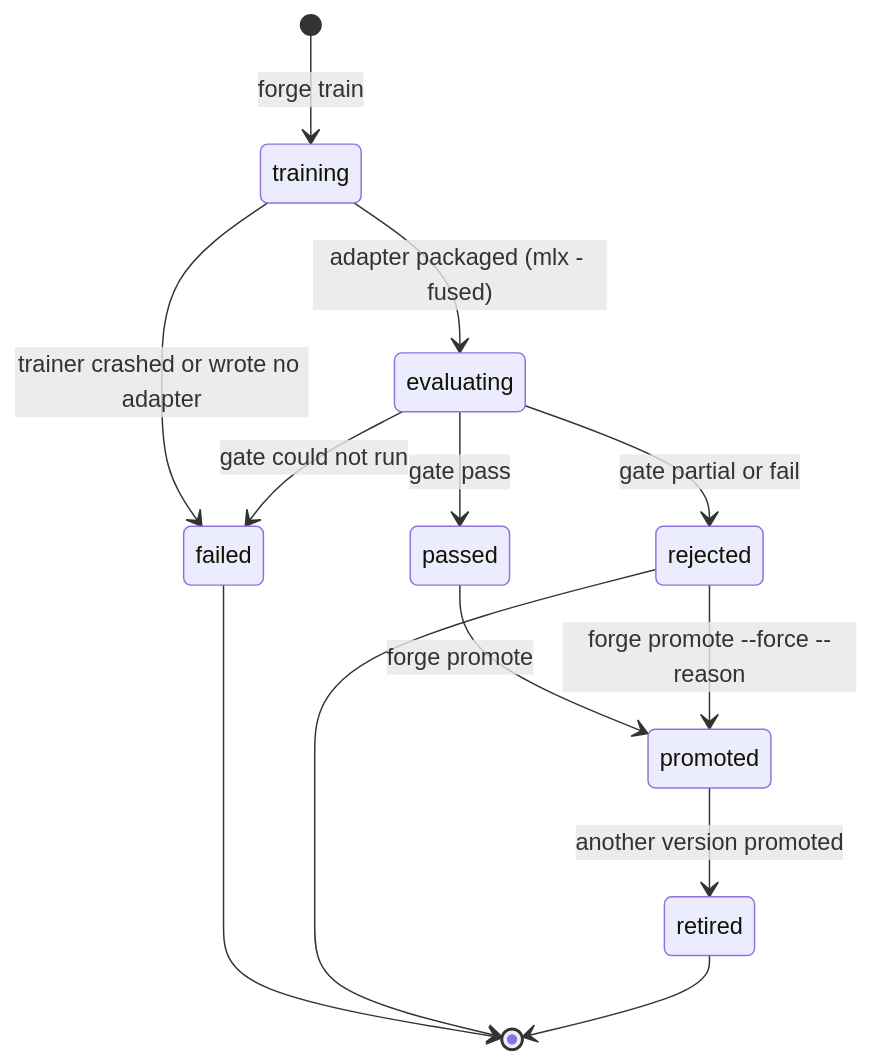
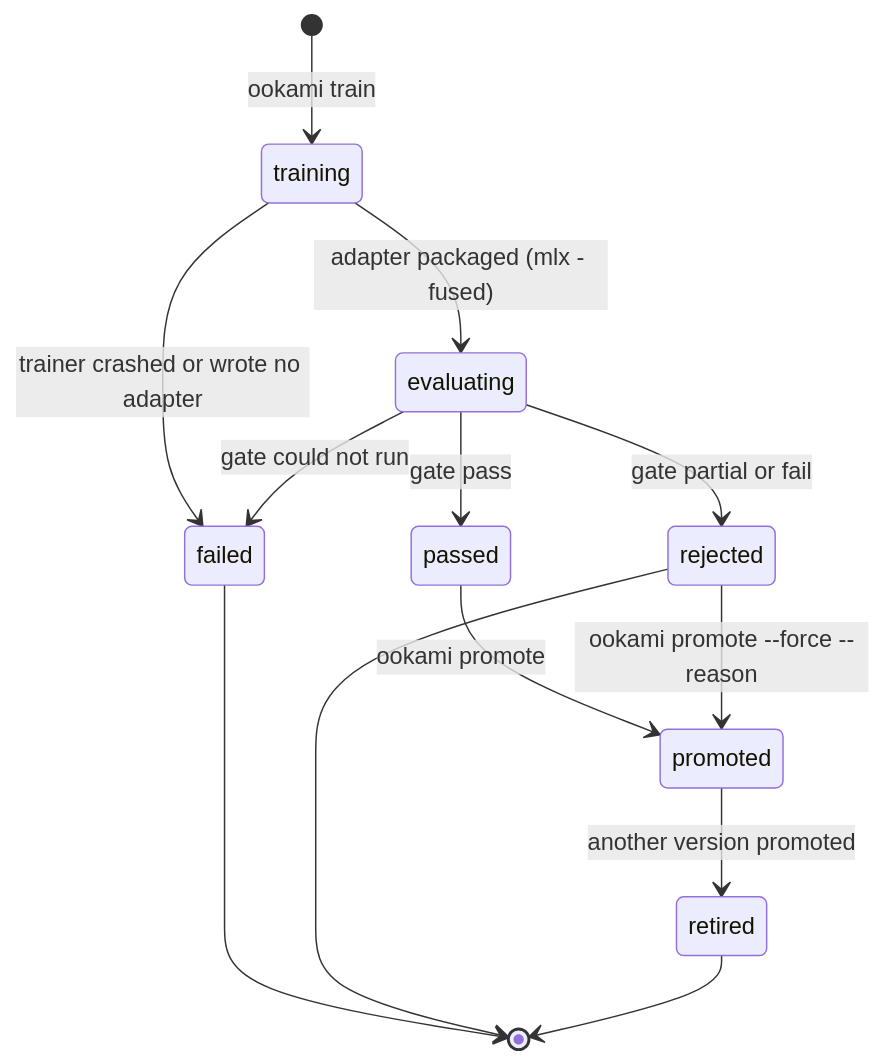
The second of 3 diagrams in docs/architecture.md (KatyarAILabs/Ookami), drawn with Mermaid before and after one commit. The commit also changed other lines of this file and 114 other files, not shown here.

````diff
--- a/docs/architecture.md
+++ b/docs/architecture.md
@@ -56,15 +56,15 @@
 ```mermaid
 stateDiagram-v2
-    [*] --> training: forge train
+    [*] --> training: ookami train
     training --> failed: trainer crashed or wrote no adapter
     training --> evaluating: adapter packaged (mlx - fused)
     evaluating --> passed: gate pass
     evaluating --> rejected: gate partial or fail
     evaluating --> failed: gate could not run
-    passed --> promoted: forge promote
-    rejected --> promoted: forge promote --force --reason
+    passed --> promoted: ookami promote
+    rejected --> promoted: ookami promote --force --reason
     promoted --> retired: another version promoted
     failed --> [*]
     rejected --> [*]
     retired --> [*]
 ```
````
